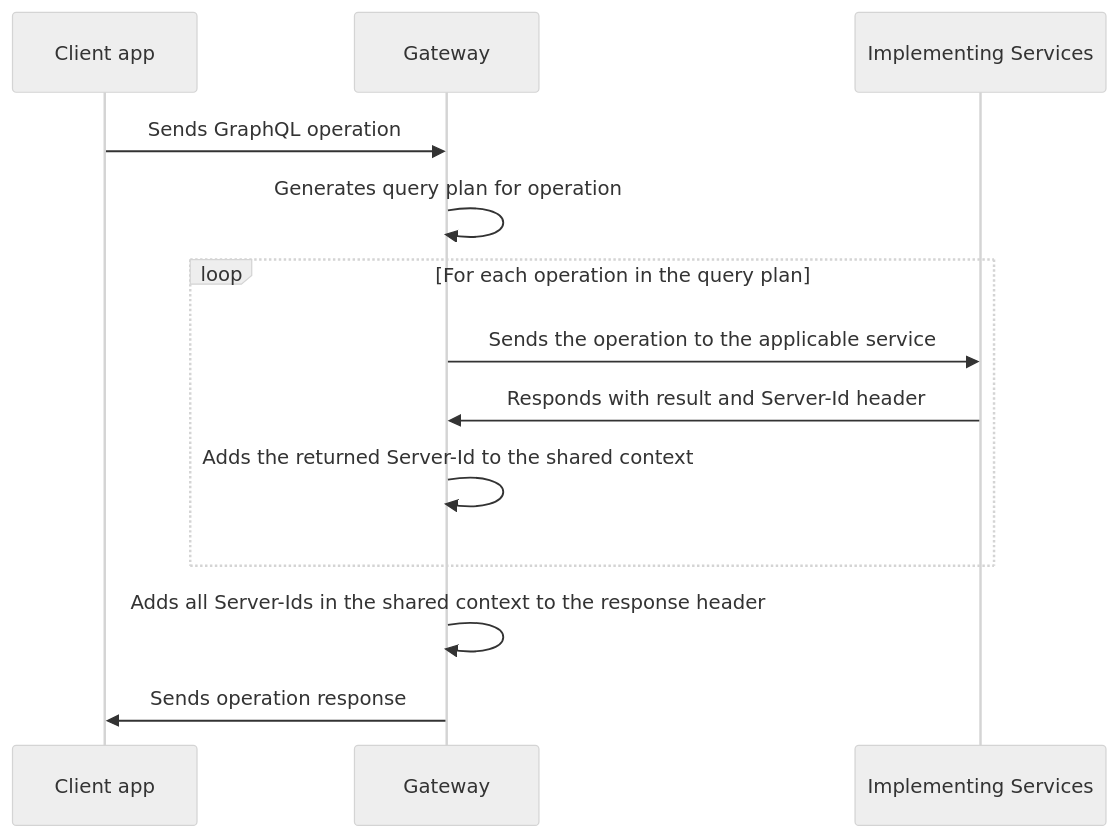
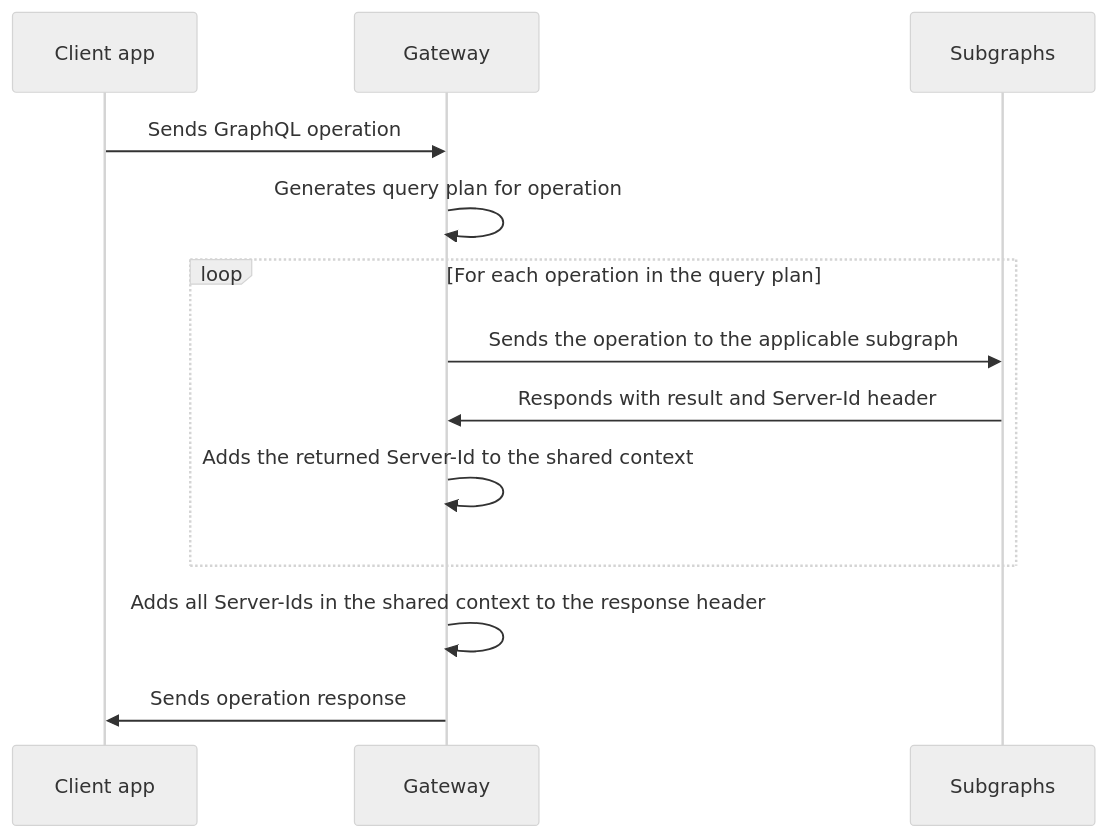
The diagram in docs/source/gateway.mdx (apollographql/federation), drawn with Mermaid (neutral theme) before and after one commit. The commit also changed other lines of this file and 14 other files, not shown here.

Commit message:
Replace implementing service with subgraph

````diff
--- a/docs/source/gateway.mdx
+++ b/docs/source/gateway.mdx
@@ -134,12 +132,12 @@
 ```mermaid
 sequenceDiagram;
   Client app->>Gateway: Sends GraphQL operation
   Gateway->>Gateway: Generates query plan for operation
   loop For each operation in the query plan
-    Gateway->>Implementing Services: Sends the operation to the applicable service
-    Implementing Services->>Gateway: Responds with result and Server-Id header
+    Gateway->>Subgraphs: Sends the operation to the applicable subgraph
+    Subgraphs->>Gateway: Responds with result and Server-Id header
     Gateway->>Gateway: Adds the returned Server-Id to the shared context
   end
   Gateway->>Gateway: Adds all Server-Ids in the shared context to the response header
   Gateway->>Client app: Sends operation response
 ```
````
